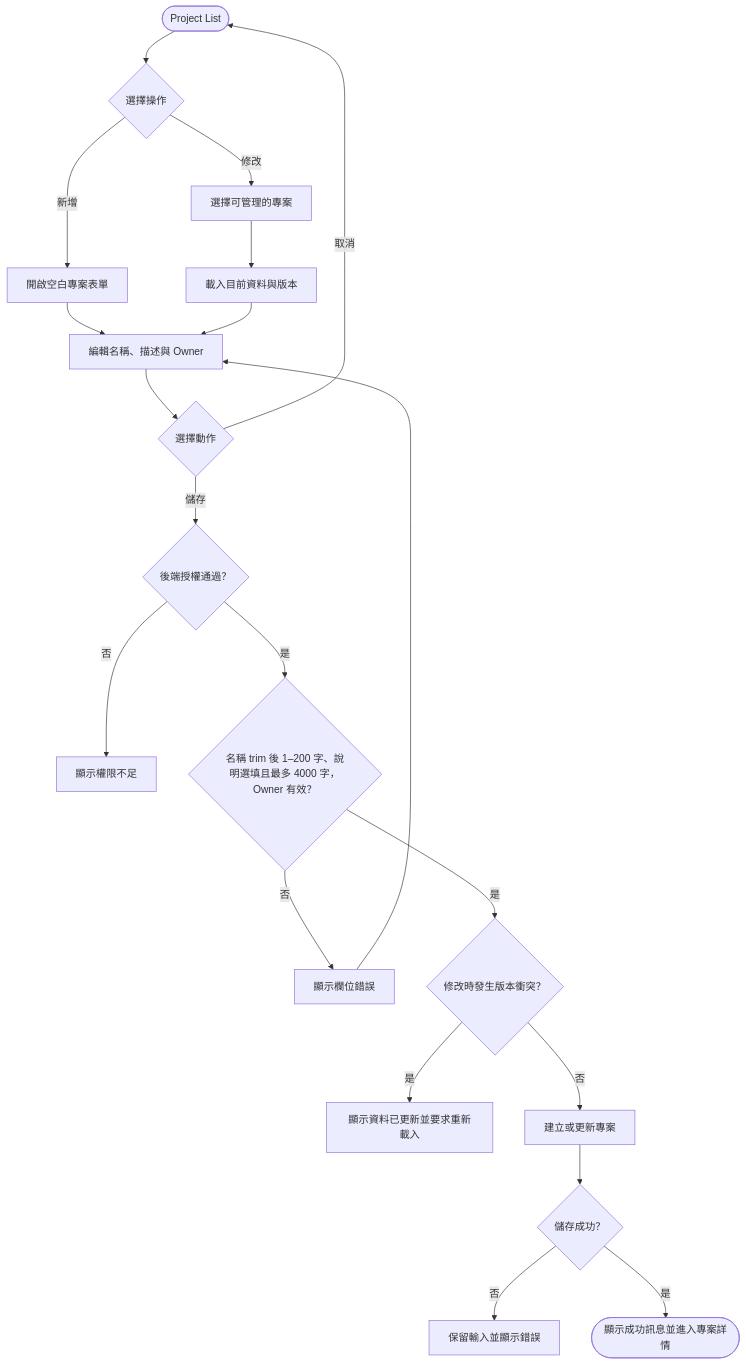
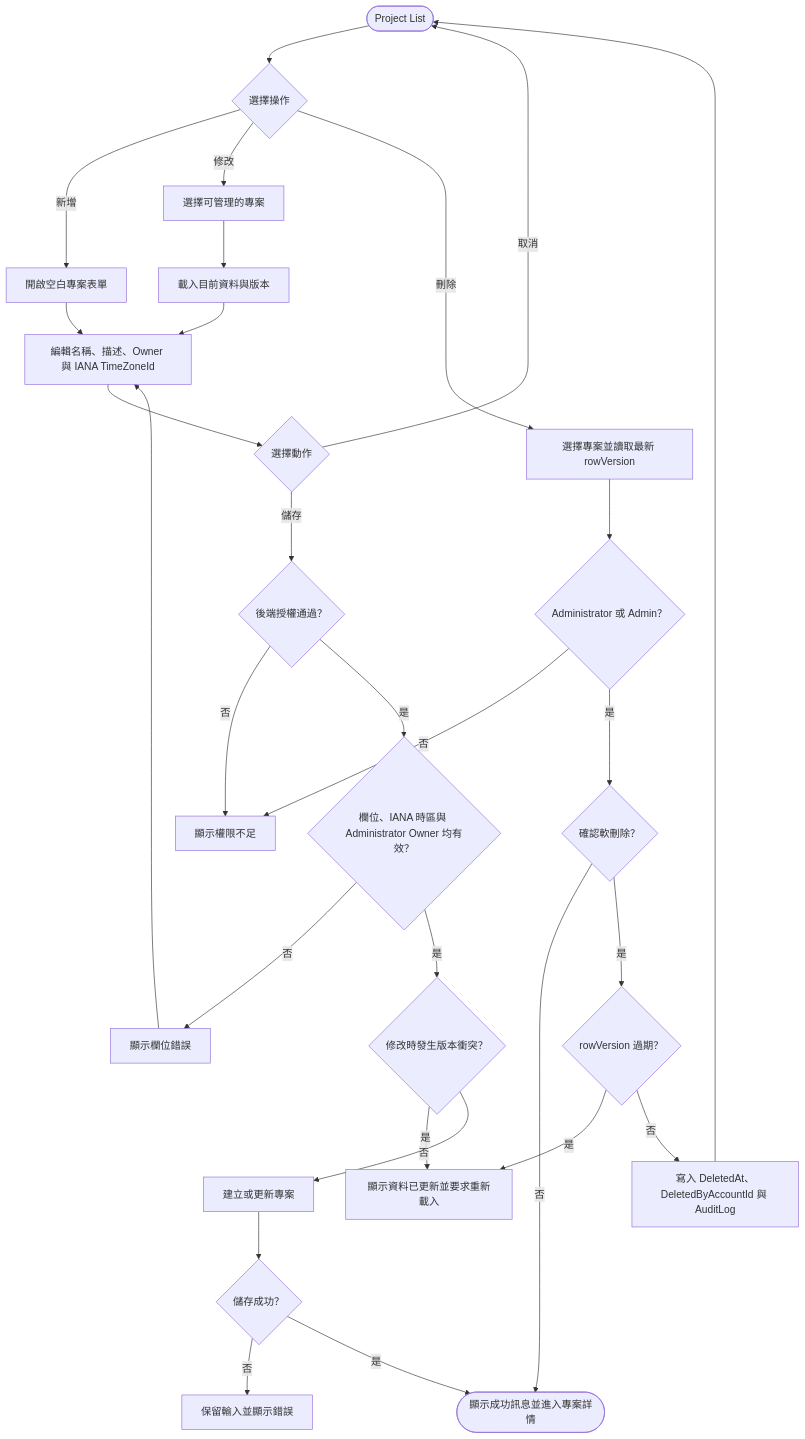
One commit to JJDing-Louis/ProjectManagementWeb_Spec changed the diagram in Flowchart/建立與修改專案.md. Above: the diagram before and after it, drawn with Mermaid. The commit also changed other lines of this file and 13 other files, not shown here.

````diff
--- a/Flowchart/建立與修改專案.md
+++ b/Flowchart/建立與修改專案.md
@@ -3,22 +3,31 @@
 ```mermaid
 flowchart TB
     projectList([Project List]) --> projectAction{選擇操作}
     projectAction -->|新增| newProject[開啟空白專案表單]
     projectAction -->|修改| selectProject[選擇可管理的專案]
+    projectAction -->|刪除| selectDeleteProject[選擇專案並讀取最新 rowVersion]
     selectProject --> editProject[載入目前資料與版本]
-    newProject --> projectForm[編輯名稱、描述與 Owner]
+    newProject --> projectForm[編輯名稱、描述、Owner 與 IANA TimeZoneId]
     editProject --> projectForm
     projectForm --> submitProject{選擇動作}
     submitProject -->|取消| projectList
     submitProject -->|儲存| authorizeProject{後端授權通過？}
     authorizeProject -->|否| forbiddenProject[顯示權限不足]
-    authorizeProject -->|是| projectValid{名稱 trim 後 1–200 字、說明選填且最多 4000 字，Owner 有效？}
+    authorizeProject -->|是| projectValid{欄位、IANA 時區與 Administrator Owner 均有效？}
     projectValid -->|否| showProjectValidation[顯示欄位錯誤]
     showProjectValidation --> projectForm
     projectValid -->|是| versionConflict{修改時發生版本衝突？}
     versionConflict -->|是| showProjectConflict[顯示資料已更新並要求重新載入]
     versionConflict -->|否| saveProject[建立或更新專案]
     saveProject --> saveProjectSucceeded{儲存成功？}
     saveProjectSucceeded -->|否| retainProjectInput[保留輸入並顯示錯誤]
     saveProjectSucceeded -->|是| projectDetail([顯示成功訊息並進入專案詳情])
+    selectDeleteProject --> authorizeDelete{Administrator 或 Admin？}
+    authorizeDelete -->|否| forbiddenProject
+    authorizeDelete -->|是| confirmDelete{確認軟刪除？}
+    confirmDelete -->|否| projectDetail
+    confirmDelete -->|是| deleteConflict{rowVersion 過期？}
+    deleteConflict -->|是| showProjectConflict
+    deleteConflict -->|否| softDeleteProject[寫入 DeletedAt、DeletedByAccountId 與 AuditLog]
+    softDeleteProject --> projectList
 ```
````
